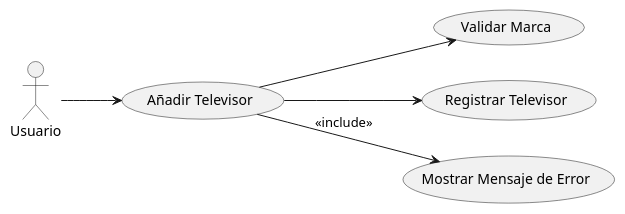
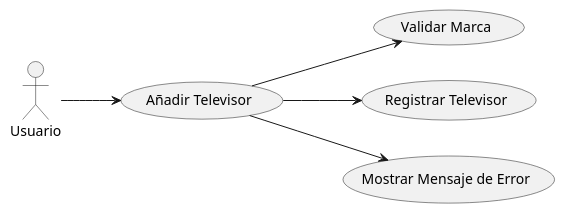
The diagram in src/umlDiagram/DiagramaCasosAnadirTelevisor.puml (Gabriel28112005/GabrielPenaPractica2DOO), drawn with PlantUML before and after one commit. The commit also changed 2 other files, not shown here.

```diff
--- a/src/umlDiagram/DiagramaCasosAnadirTelevisor.puml
+++ b/src/umlDiagram/DiagramaCasosAnadirTelevisor.puml
@@ -1,16 +1,16 @@
 @startuml
 left to right direction
 
 actor Usuario as user
 
 usecase "Añadir Televisor" as AnadirTelevisor
 usecase "Validar Marca" as ValidarMarca
 usecase "Registrar Televisor" as RegistrarTelevisor
 usecase "Mostrar Mensaje de Error" as MostrarError
 
 user --> AnadirTelevisor
 AnadirTelevisor --> ValidarMarca
 AnadirTelevisor --> RegistrarTelevisor
-AnadirTelevisor --> MostrarError : <<include>>
+AnadirTelevisor --> MostrarError
 
 @enduml
```
